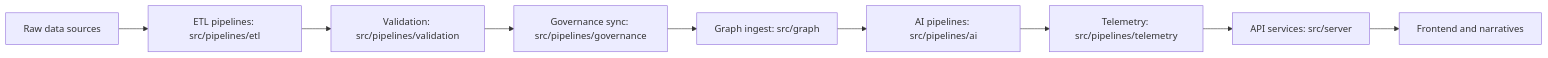
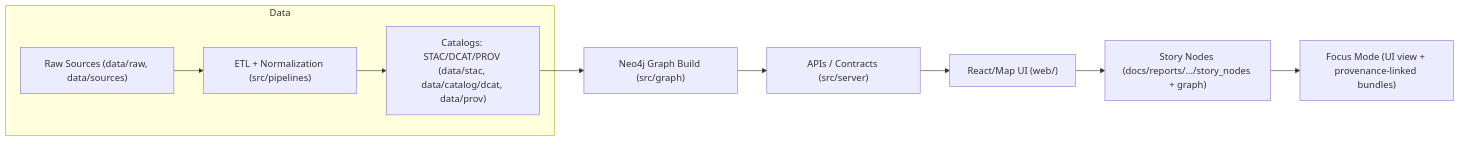
Before and after one commit to bartytime4life/Kansas-Frontier-Matrix: the first of 2 diagrams in src/README.md, drawn with Mermaid. The commit also changed other lines of this file, not shown here.

```diff
--- a/src/README.md
+++ b/src/README.md
@@ -272,11 +124,13 @@
 ~~~mermaid
 flowchart LR
-  A[Raw data sources] --> B[ETL pipelines: src/pipelines/etl]
-  B --> C[Validation: src/pipelines/validation]
-  C --> D[Governance sync: src/pipelines/governance]
-  D --> E[Graph ingest: src/graph]
-  E --> F[AI pipelines: src/pipelines/ai]
-  F --> G[Telemetry: src/pipelines/telemetry]
-  G --> H[API services: src/server]
-  H --> I[Frontend and narratives]
+  subgraph Data
+    A["Raw Sources (data/raw, data/sources)"] --> B["ETL + Normalization (src/pipelines)"]
+    B --> C["Catalogs: STAC/DCAT/PROV (data/stac, data/catalog/dcat, data/prov)"]
+  end
+
+  C --> D["Neo4j Graph Build (src/graph)"]
+  D --> E["APIs / Contracts (src/server)"]
+  E --> F["React/Map UI (web/)"]
+  F --> G["Story Nodes (docs/reports/.../story_nodes + graph)"]
+  G --> H["Focus Mode (UI view + provenance-linked bundles)"]
 ~~~
```
